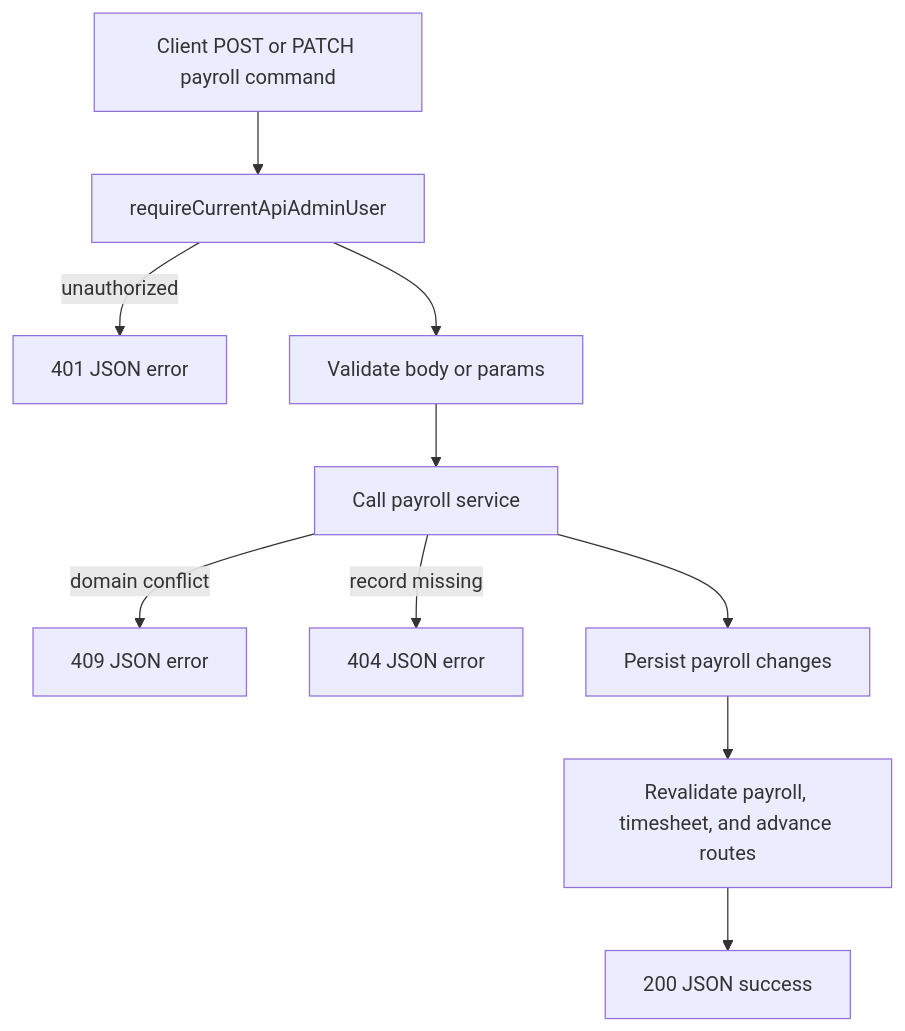
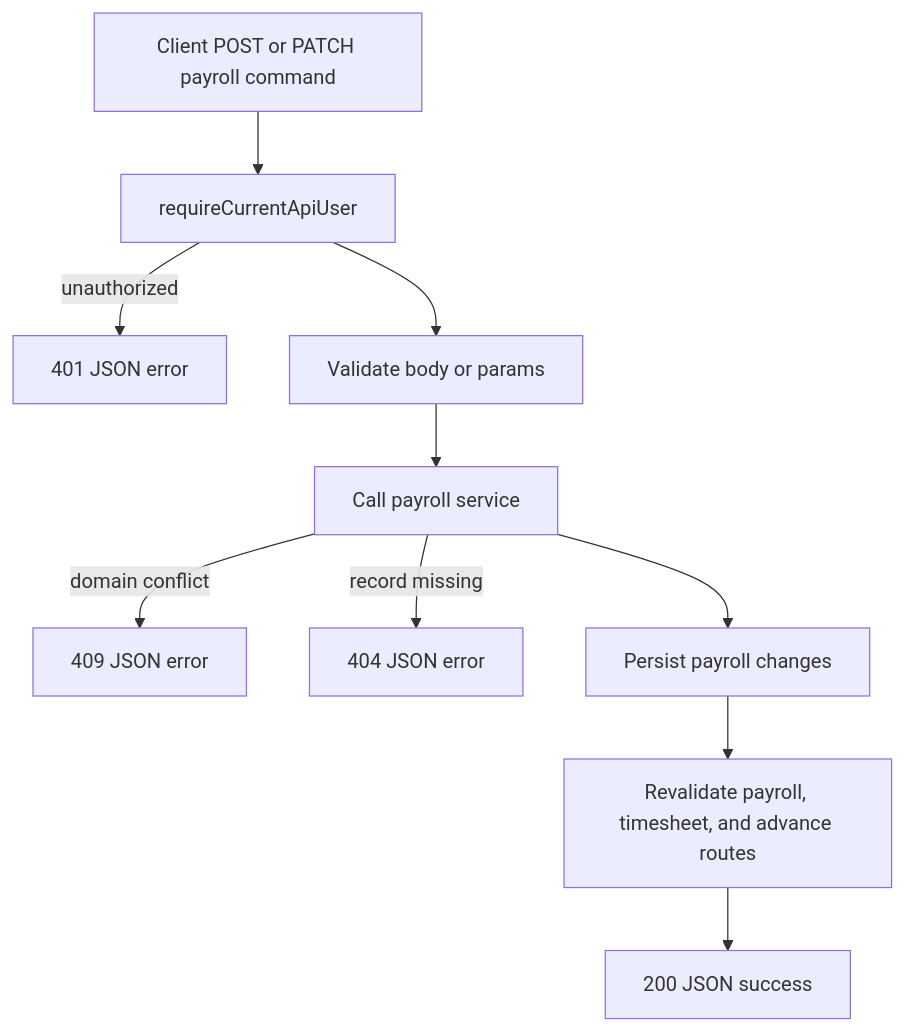
One commit to daniellim922/One-Laundry-Project-Alpha-v1 changed the third of 5 diagrams in .codex/docs/api-workflows.md. Above: the diagram before and after it, drawn with Mermaid. The commit also changed other lines of this file and 73 other files, not shown here.

First line of the commit message:
refactor: update authentication flow and documentation

````diff
--- a/.codex/docs/api-workflows.md
+++ b/.codex/docs/api-workflows.md
@@ -60,12 +60,12 @@
 ```mermaid
 flowchart TD
-    A[Client POST or PATCH payroll command] --> B[requireCurrentApiAdminUser]
+    A[Client POST or PATCH payroll command] --> B[requireCurrentApiUser]
     B -->|unauthorized| X[401 JSON error]
     B --> C[Validate body or params]
     C --> D[Call payroll service]
     D -->|domain conflict| E[409 JSON error]
     D -->|record missing| F[404 JSON error]
     D --> G[Persist payroll changes]
     G --> H[Revalidate payroll, timesheet, and advance routes]
     H --> I[200 JSON success]
 ```
````
